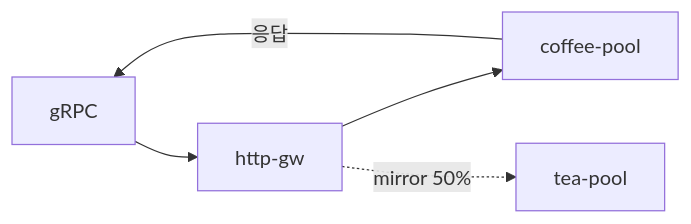
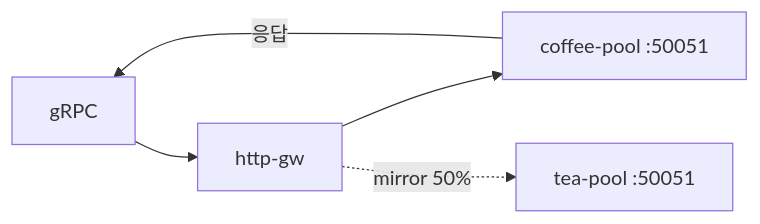
The diagram in Advanced_Feature/3.13_GRPCRoute_Mirror/README.md (mink0119/2609_f5bnk), drawn with Mermaid before and after one commit. The commit also changed other lines of this file and 80 other files, not shown here.

````diff
--- a/Advanced_Feature/3.13_GRPCRoute_Mirror/README.md
+++ b/Advanced_Feature/3.13_GRPCRoute_Mirror/README.md
@@ -7,7 +8,7 @@
 ```mermaid
 flowchart LR
   C[gRPC] --> GW[http-gw]
-  GW --> P1[coffee-pool]
-  GW -.->|mirror 50%| P2[tea-pool]
+  GW --> P1[coffee-pool :50051]
+  GW -.->|mirror 50%| P2[tea-pool :50051]
   P1 -->|응답| C
 ```
````
